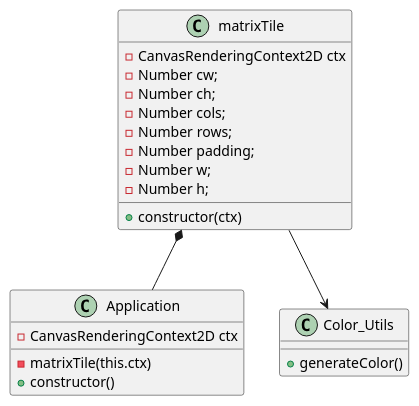
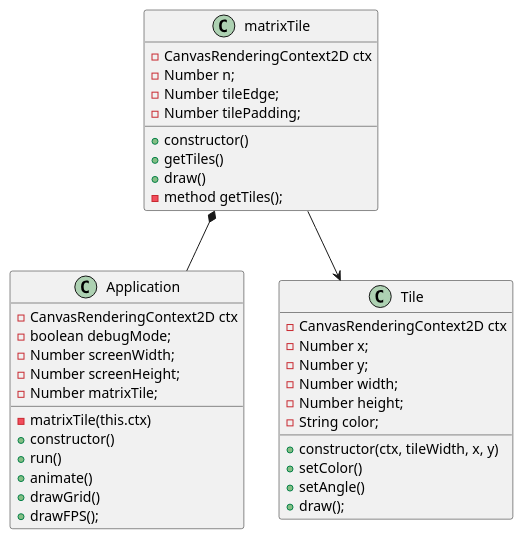
Before and after one commit to ScumEater/JS_Labs: the diagram in digram/class_digram.puml, drawn with PlantUML. The commit also changed 6 other files, not shown here.

Commit message:
Переработана структура программы под объектно-ориентированный подход; Составлена диаграмма классов.

```diff
--- a/digram/class_digram.puml
+++ b/digram/class_digram.puml
@@ -1,33 +1,45 @@
 @startuml
-
 
 class Application {
    -CanvasRenderingContext2D ctx
    -matrixTile(this.ctx)
-+constructor()
+   +constructor()
+   +run()
+   +animate()
+   +drawGrid()
+   +drawFPS();
+   -boolean debugMode;
+   -Number screenWidth;
+   -Number screenHeight;
+   -Number matrixTile;
 }
 
 class matrixTile
 {
-    +constructor(ctx)
+    +constructor()
+    +getTiles()
+    +draw()
     -CanvasRenderingContext2D ctx
-    -Number cw;
-    -Number ch;
-    -Number cols;
-    -Number rows;
-    -Number padding;
-    -Number w;
-    -Number h;
+    -Number n;
+    -Number tileEdge;
+    -Number tilePadding;
+    -method getTiles();
 }
 
-class Color_Utils {
-    +generateColor()
+class Tile {
+    +constructor(ctx, tileWidth, x, y)
+    +setColor()
+    +setAngle()
+    +draw();
+    -CanvasRenderingContext2D ctx
+    -Number x;
+    -Number y;
+    -Number width;
+    -Number height;
+    -String color;
 }
 
 matrixTile *-- Application
-matrixTile --> Color_Utils
-
-
-
+matrixTile --> Tile
 
 @enduml
```
